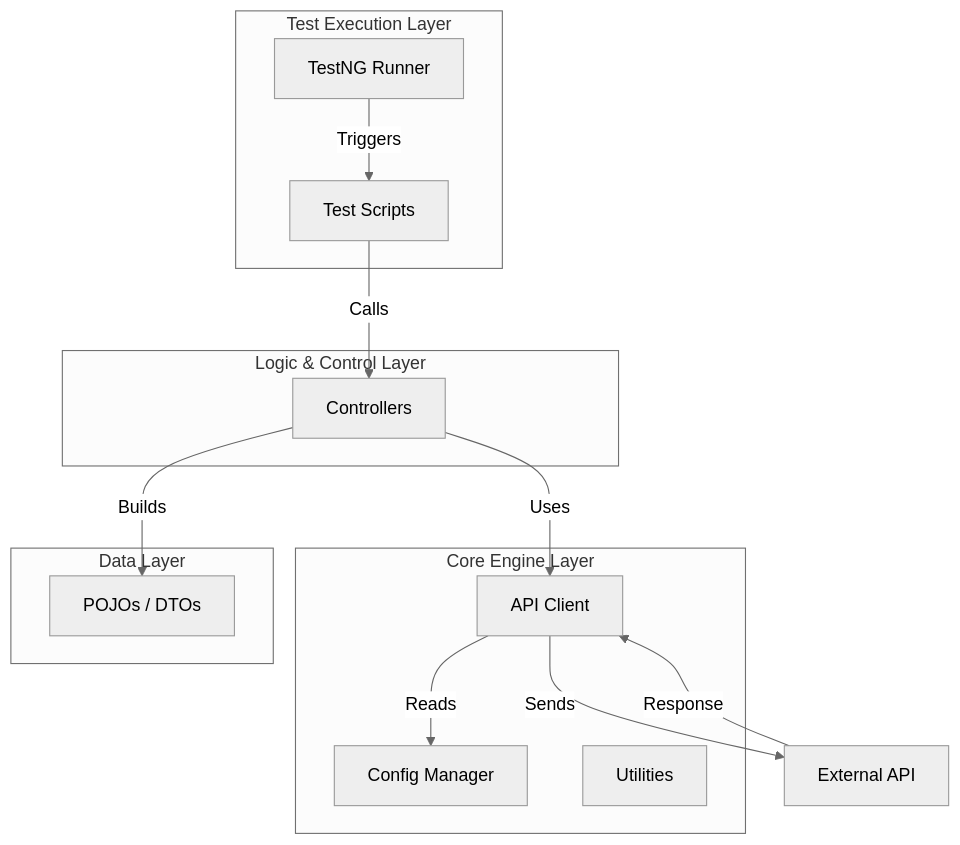
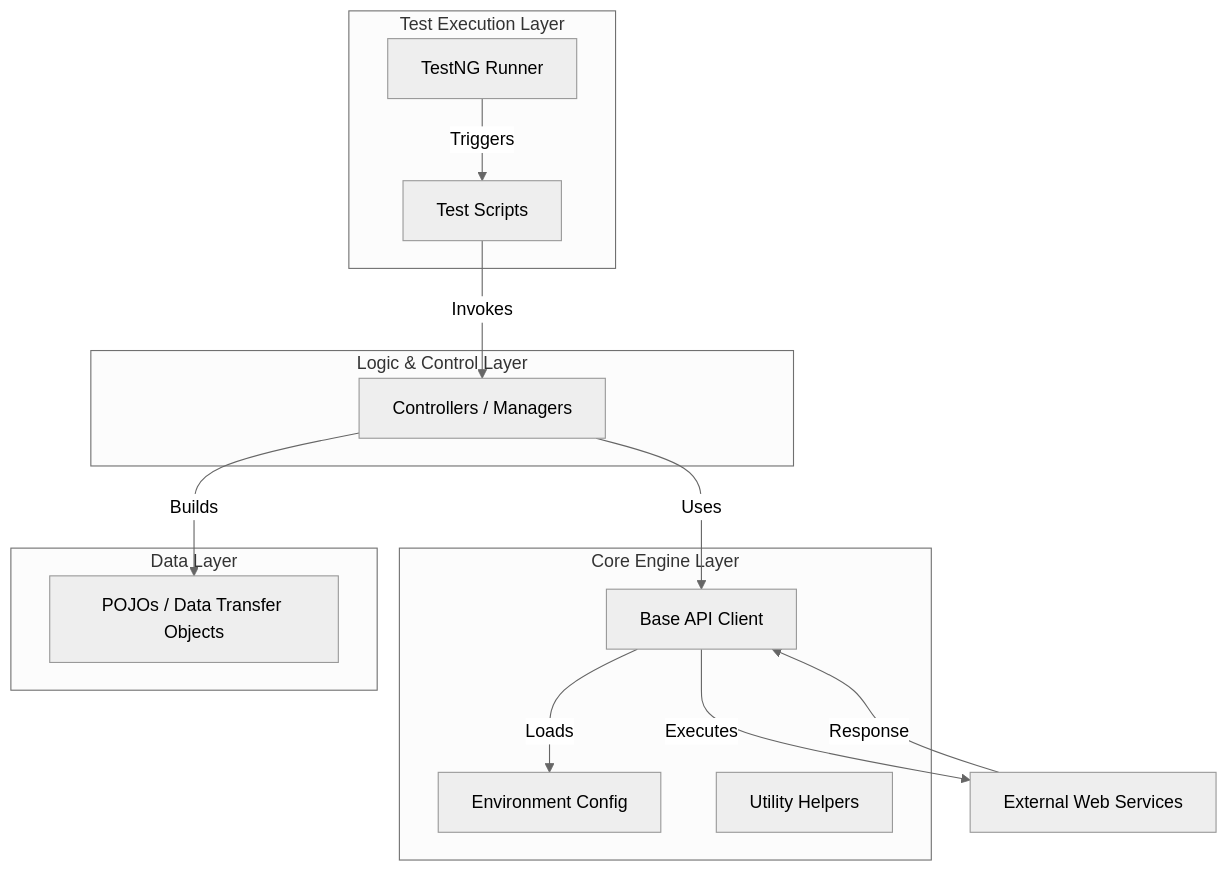
Before and after one commit to abhi9avx/modular-api-automation-framework: the first of 2 diagrams in README.md, drawn with Mermaid (neutral theme). The commit also changed other lines of this file, not shown here.

Commit message:
docs: enhance README with improved clarity, detailed architecture, and a new contribution guide.

````diff
--- a/README.md
+++ b/README.md
@@ -58,29 +58,29 @@
 ```mermaid
 graph TD
     subgraph "Test Execution Layer"
         Test[Test Scripts]
         TestNG[TestNG Runner]
     end
     
     subgraph "Logic & Control Layer"
-        Controller[Controllers]
+        Controller[Controllers / Managers]
     end
     
     subgraph "Core Engine Layer"
-        Client[API Client]
-        Config[Config Manager]
-        Utils[Utilities]
+        Client[Base API Client]
+        Config[Environment Config]
+        Utils[Utility Helpers]
     end
     
     subgraph "Data Layer"
-        DTO[POJOs / DTOs]
+        DTO[POJOs / Data Transfer Objects]
     end
     
     TestNG -->|Triggers| Test
-    Test -->|Calls| Controller
+    Test -->|Invokes| Controller
     Controller -->|Uses| Client
     Controller -->|Builds| DTO
-    Client -->|Reads| Config
-    Client -->|Sends| API[External API]
+    Client -->|Loads| Config
+    Client -->|Executes| API[External Web Services]
     API -->|Response| Client
 ```
````
